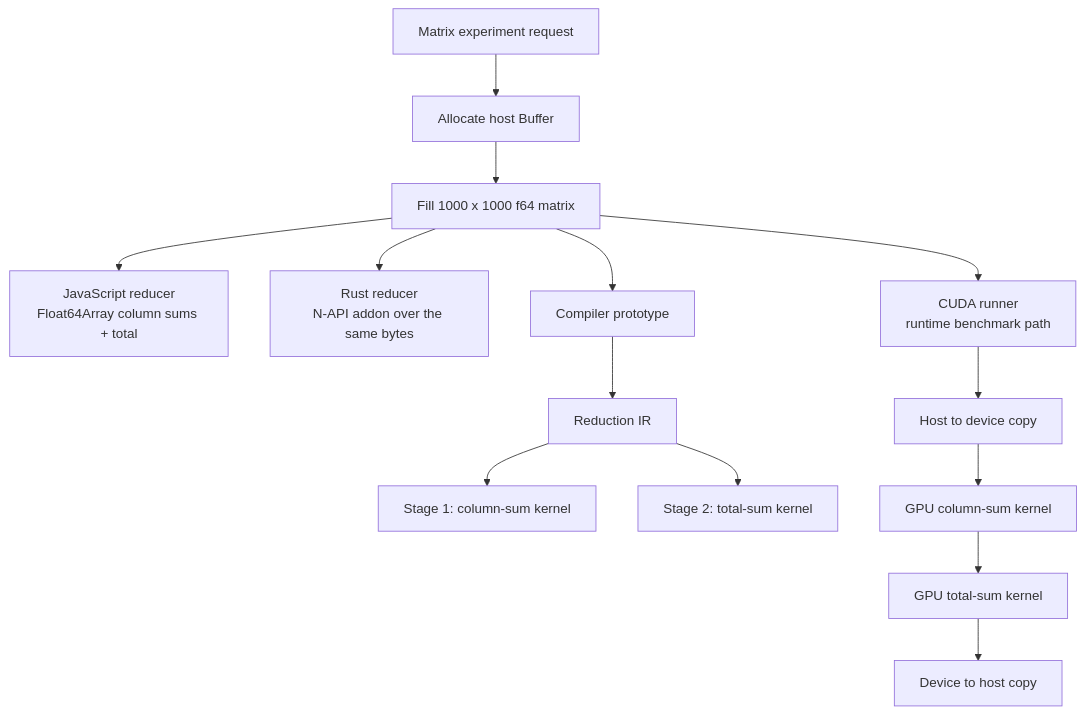
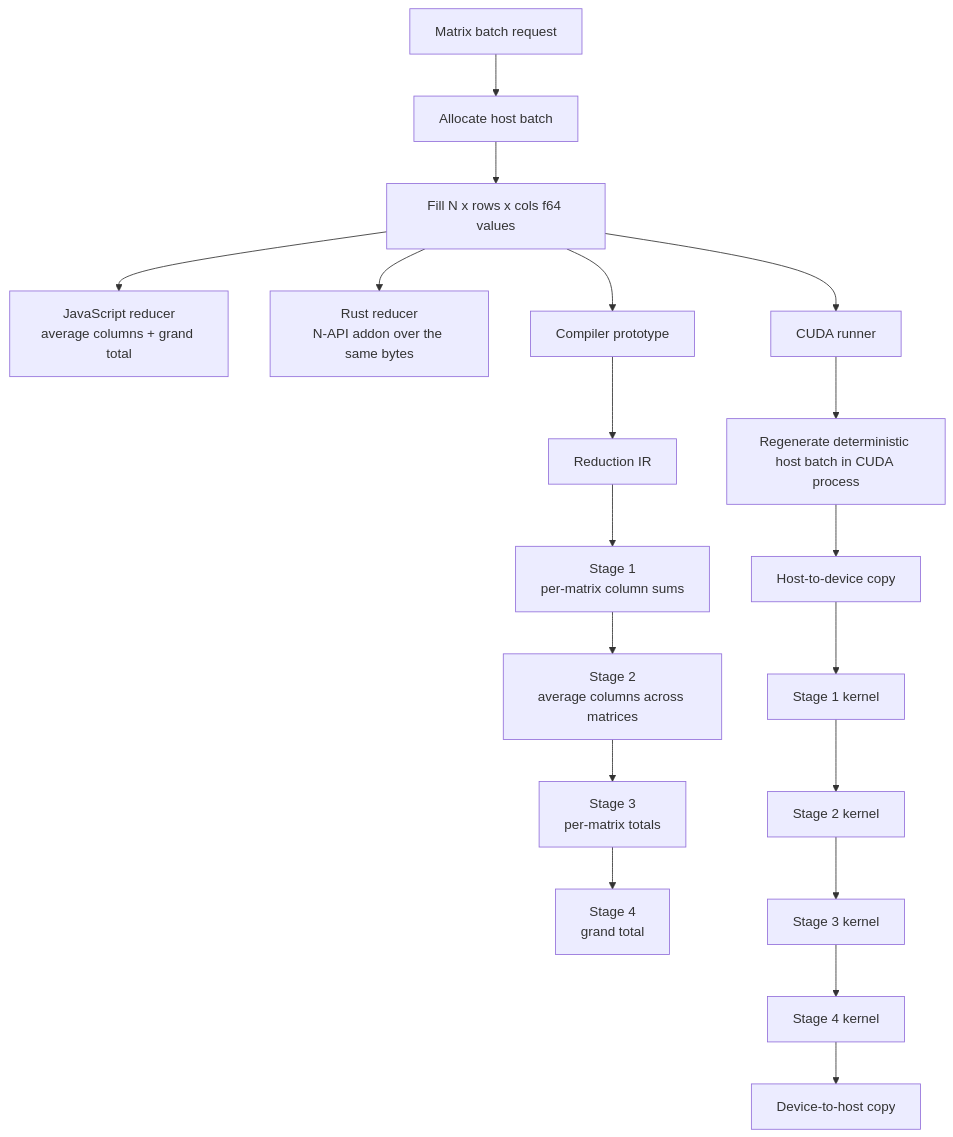
The first of 2 diagrams in README.md (mtharrison/shader-benchmarking), drawn with Mermaid before and after one commit. The commit also changed other lines of this file and 2 other files, not shown here.

First line of the commit message:
docs: update README and refactor batched matrix aggregation

````diff
--- a/README.md
+++ b/README.md
@@ -86,18 +102,24 @@
 ```mermaid
 flowchart TB
-    A["Matrix experiment request"] --> B["Allocate host Buffer"]
-    B --> C["Fill 1000 x 1000 f64 matrix"]
+    A["Matrix batch request"] --> B["Allocate host batch"]
+    B --> C["Fill N x rows x cols f64 values"]
 
-    C --> D["JavaScript reducer<br/>Float64Array column sums + total"]
+    C --> D["JavaScript reducer<br/>average columns + grand total"]
     C --> E["Rust reducer<br/>N-API addon over the same bytes"]
     C --> F["Compiler prototype"]
+
     F --> G["Reduction IR"]
-    G --> H["Stage 1: column-sum kernel"]
-    G --> I["Stage 2: total-sum kernel"]
-    C --> J["CUDA runner<br/>runtime benchmark path"]
+    G --> H["Stage 1<br/>per-matrix column sums"]
+    H --> I["Stage 2<br/>average columns across matrices"]
+    I --> J["Stage 3<br/>per-matrix totals"]
+    J --> K["Stage 4<br/>grand total"]
 
-    J --> K["Host to device copy"]
-    K --> L["GPU column-sum kernel"]
-    L --> M["GPU total-sum kernel"]
-    M --> N["Device to host copy"]
+    C --> L["CUDA runner"]
+    L --> M["Regenerate deterministic host batch in CUDA process"]
+    M --> N["Host-to-device copy"]
+    N --> O["Stage 1 kernel"]
+    O --> P["Stage 2 kernel"]
+    P --> Q["Stage 3 kernel"]
+    Q --> R["Stage 4 kernel"]
+    R --> S["Device-to-host copy"]
 ```
````
